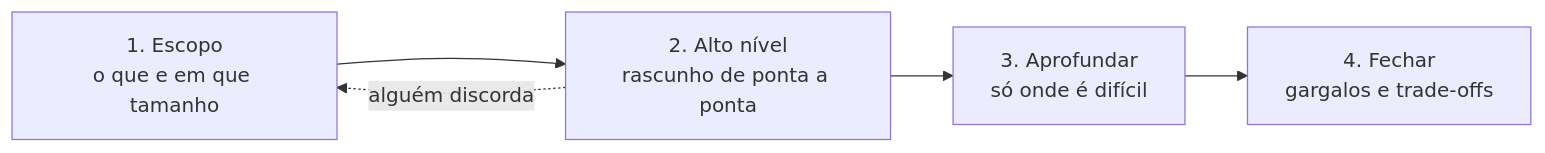
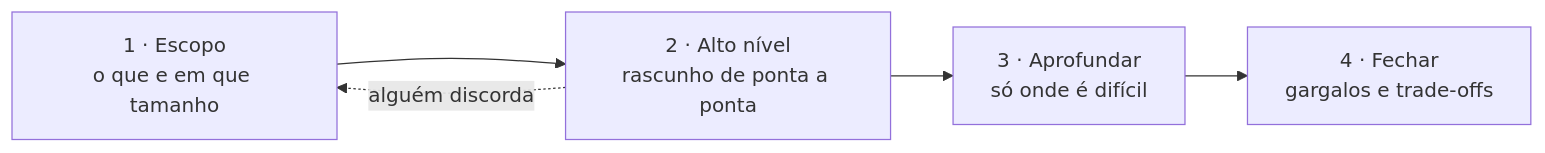
The first of 4 diagrams in content/pt-br/fundamentos/09-projetando-sistemas-na-pratica.md (ogatalars/guia_software_engineering_teorico), drawn with Mermaid before and after one commit. The commit also changed 12 other files, not shown here.

First line of the commit message:
fix(content): corrige diagramas Mermaid com rótulos iniciados por 'N.'

````diff
--- a/content/pt-br/fundamentos/09-projetando-sistemas-na-pratica.md
+++ b/content/pt-br/fundamentos/09-projetando-sistemas-na-pratica.md
@@ -28,7 +28,7 @@
 ```mermaid
 flowchart LR
-    P1["1. Escopo<br/>o que e em que tamanho"] --> P2["2. Alto nível<br/>rascunho de ponta a ponta"]
-    P2 --> P3["3. Aprofundar<br/>só onde é difícil"]
-    P3 --> P4["4. Fechar<br/>gargalos e trade-offs"]
+    P1["1 · Escopo<br/>o que e em que tamanho"] --> P2["2 · Alto nível<br/>rascunho de ponta a ponta"]
+    P2 --> P3["3 · Aprofundar<br/>só onde é difícil"]
+    P3 --> P4["4 · Fechar<br/>gargalos e trade-offs"]
     P2 -. "alguém discorda" .-> P1
 ```
````
